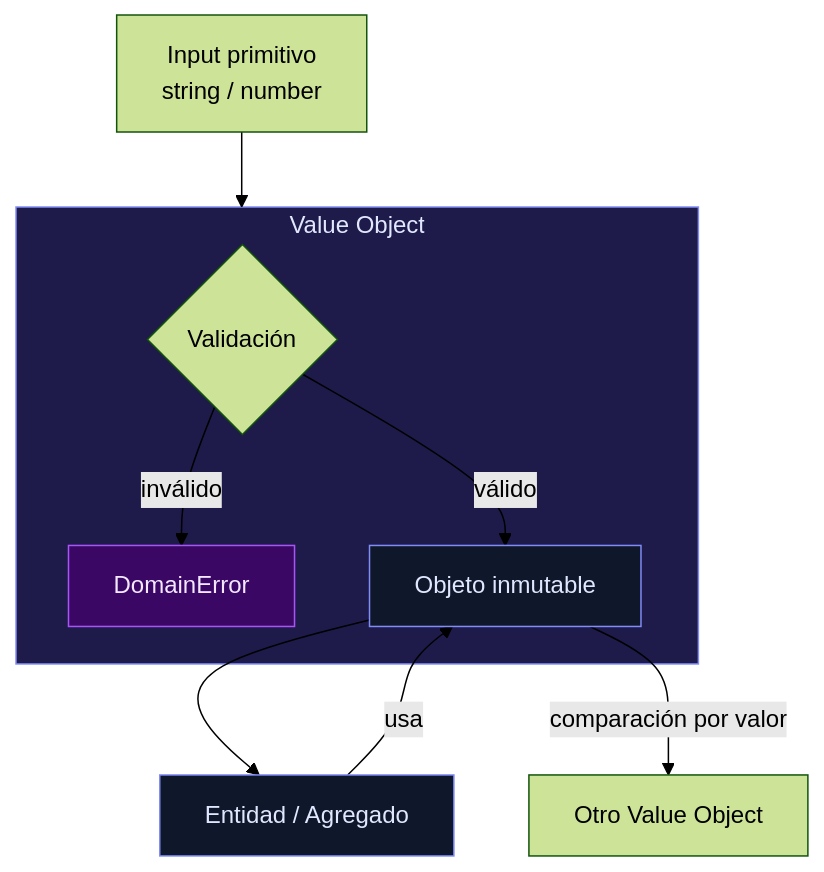
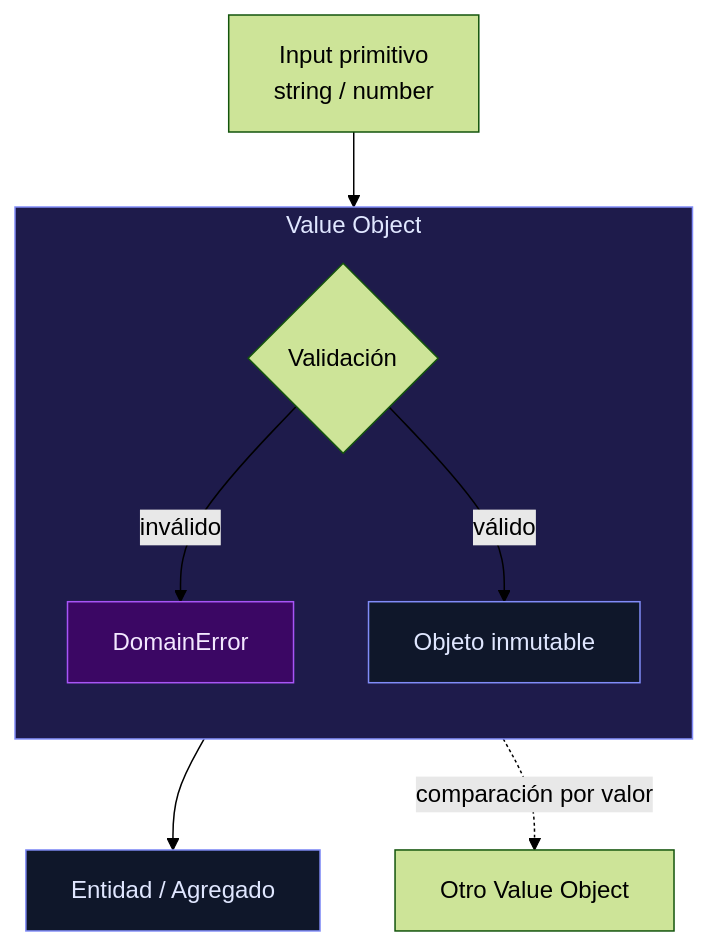
Before and after one commit to AbrahamVilchesDeLaCruz/porfolio-neon-astro: the diagram in src/content/blog/07-value-objects-guardianes-del-dominio.md, drawn with Mermaid (forest theme). The commit also changed other lines of this file and 7 other files, not shown here.

Commit message:
Refactor blog posts for clarity and consistency in language; update titles and descriptions, improve flowcharts, and enhance readability. Add new article on the relationship between testability and observability in software design.

````diff
--- a/src/content/blog/07-value-objects-guardianes-del-dominio.md
+++ b/src/content/blog/07-value-objects-guardianes-del-dominio.md
@@ -188,19 +188,19 @@
 ```mermaid
-flowchart TD
-    IN[Input primitivo\nstring / number] --> VO
+flowchart TB
+    IN["Input primitivo<br/>string / number"] --> VO
 
     subgraph VO[Value Object]
+        direction TB
         V{Validación}
         V -->|inválido| ERR[DomainError]
         V -->|válido| OBJ[Objeto inmutable]
     end
 
     OBJ --> E[Entidad / Agregado]
-    E -->|usa| OBJ
-    OBJ -->|comparación por valor| OBJ2[Otro Value Object]
+    OBJ -.->|comparación por valor| OBJ2[Otro Value Object]
 
     style VO fill:#1e1b4b,stroke:#818cf8,color:#e0e7ff
     style ERR fill:#3b0764,stroke:#a855f7,color:#f3e8ff
     style OBJ fill:#0f172a,stroke:#818cf8,color:#e0e7ff
     style E fill:#0f172a,stroke:#818cf8,color:#e0e7ff
 ```
````
